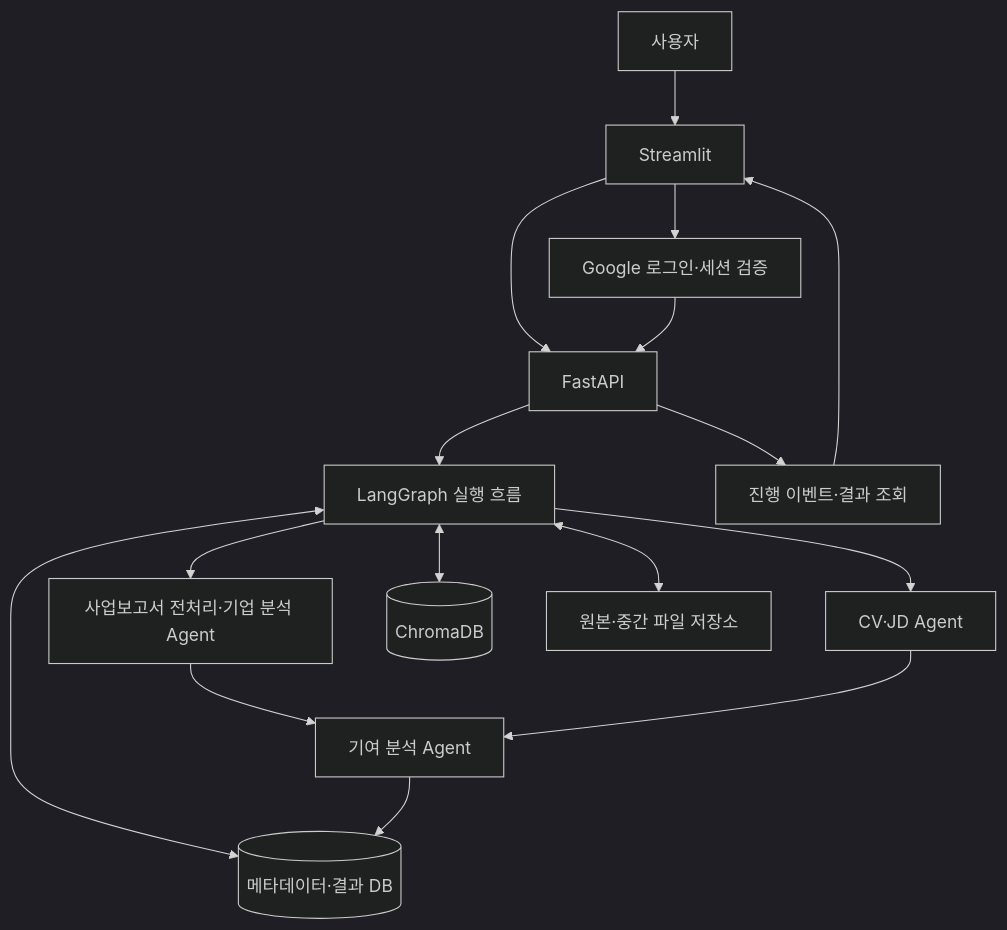
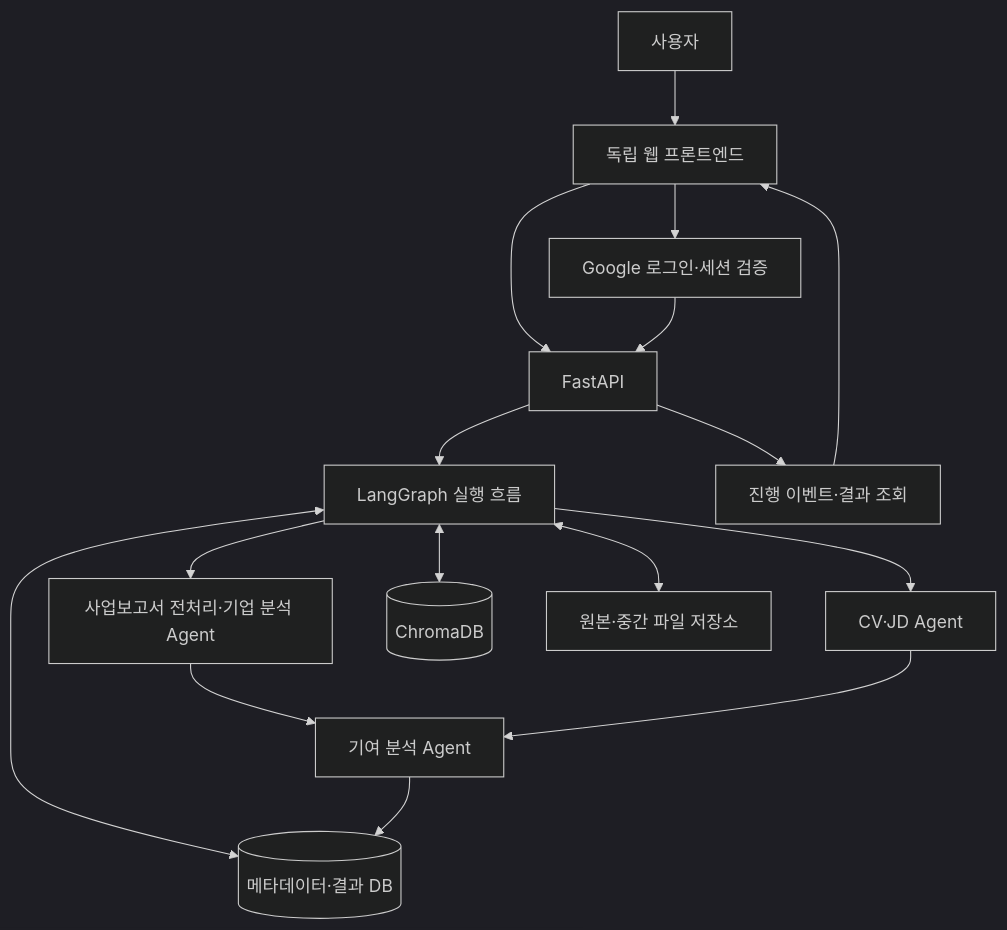
The diagram in docs/development-plan.md (tcodms/dart-insight-brief-mvp), drawn with Mermaid (dark theme) before and after one commit. The commit also changed other lines of this file, not shown here.

````diff
--- a/docs/development-plan.md
+++ b/docs/development-plan.md
@@ -130,18 +130,18 @@
 ```mermaid
 flowchart TD
-    User[사용자] --> Frontend[Streamlit]
+    User[사용자] --> Frontend[독립 웹 프론트엔드]
     Frontend --> Auth[Google 로그인·세션 검증]
     Frontend --> API[FastAPI]
     Auth --> API
     API --> Graph[LangGraph 실행 흐름]
     Graph --> Company[사업보고서 전처리·기업 분석 Agent]
     Graph --> Candidate[CV·JD Agent]
     Company --> Contribution[기여 분석 Agent]
     Candidate --> Contribution
     Graph <--> SQL[(메타데이터·결과 DB)]
     Graph <--> Vector[(ChromaDB)]
     Graph <--> Files[원본·중간 파일 저장소]
     Contribution --> SQL
     API --> Events[진행 이벤트·결과 조회]
     Events --> Frontend
 ```
````
